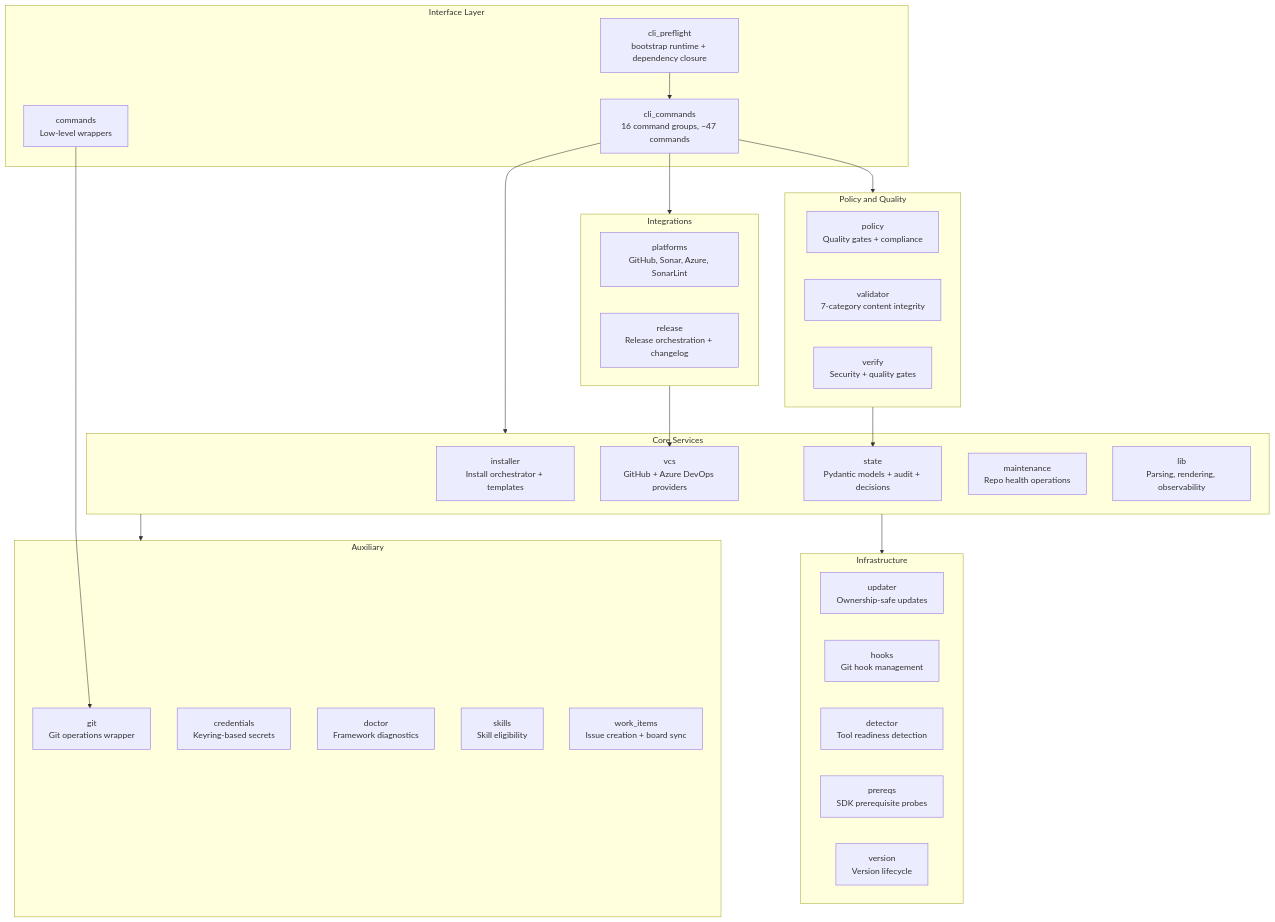
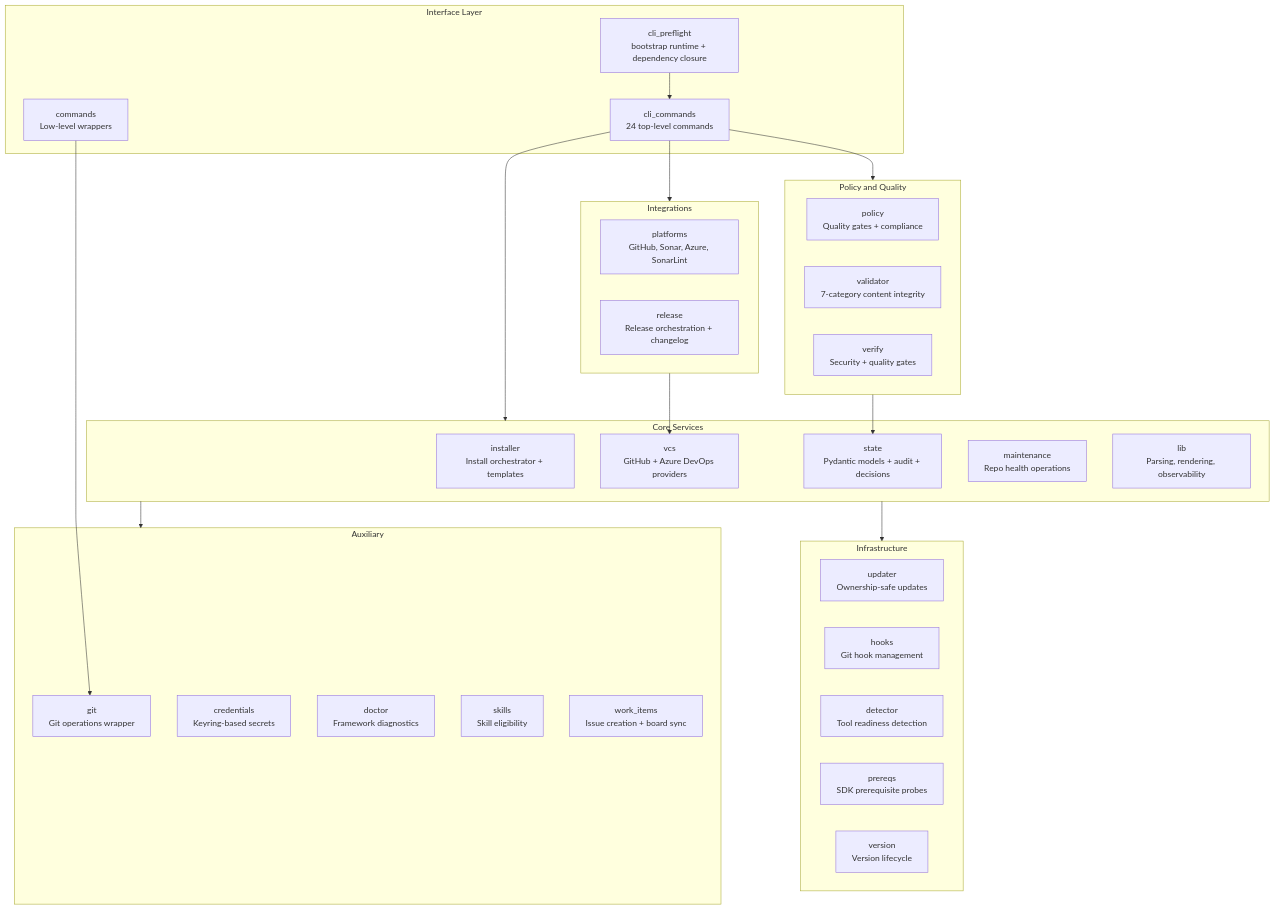
One commit to arcasilesgroup/ai-engineering changed the fourth of 10 diagrams in .ai-engineering/solution-intent.md. Above: the diagram before and after it, drawn with Mermaid. The commit also changed other lines of this file and 9 other files, not shown here.

````diff
--- a/.ai-engineering/solution-intent.md
+++ b/.ai-engineering/solution-intent.md
@@ -233,53 +235,53 @@
 ```mermaid
 graph TB
     subgraph CLI["Interface Layer"]
         cli_preflight["cli_preflight<br/>bootstrap runtime + dependency closure"]
-        cli_commands["cli_commands<br/>16 command groups, ~47 commands"]
+        cli_commands["cli_commands<br/>24 top-level commands"]
         commands["commands<br/>Low-level wrappers"]
     end
 
     subgraph Core["Core Services"]
         installer["installer<br/>Install orchestrator + templates"]
         vcs["vcs<br/>GitHub + Azure DevOps providers"]
         state["state<br/>Pydantic models + audit + decisions"]
         maintenance["maintenance<br/>Repo health operations"]
         lib["lib<br/>Parsing, rendering, observability"]
     end
 
     subgraph Policy["Policy and Quality"]
         policy["policy<br/>Quality gates + compliance"]
         validator["validator<br/>7-category content integrity"]
         verify["verify<br/>Security + quality gates"]
     end
 
     subgraph Platform["Integrations"]
         platforms["platforms<br/>GitHub, Sonar, Azure, SonarLint"]
         release["release<br/>Release orchestration + changelog"]
     end
 
     subgraph Infra["Infrastructure"]
         updater["updater<br/>Ownership-safe updates"]
         hooks["hooks<br/>Git hook management"]
         detector["detector<br/>Tool readiness detection"]
         prereqs["prereqs<br/>SDK prerequisite probes"]
         version["version<br/>Version lifecycle"]
     end
 
     subgraph Auxiliary["Auxiliary"]
         git_ops["git<br/>Git operations wrapper"]
         credentials["credentials<br/>Keyring-based secrets"]
         doctor["doctor<br/>Framework diagnostics"]
         skills_mod["skills<br/>Skill eligibility"]
         work_items["work_items<br/>Issue creation + board sync"]
     end
 
     cli_preflight --> cli_commands
     cli_commands --> Core
     cli_commands --> Policy
     cli_commands --> Platform
     commands --> git_ops
     Core --> Infra
     Core --> Auxiliary
     Policy --> state
     Platform --> vcs
 ```
````
